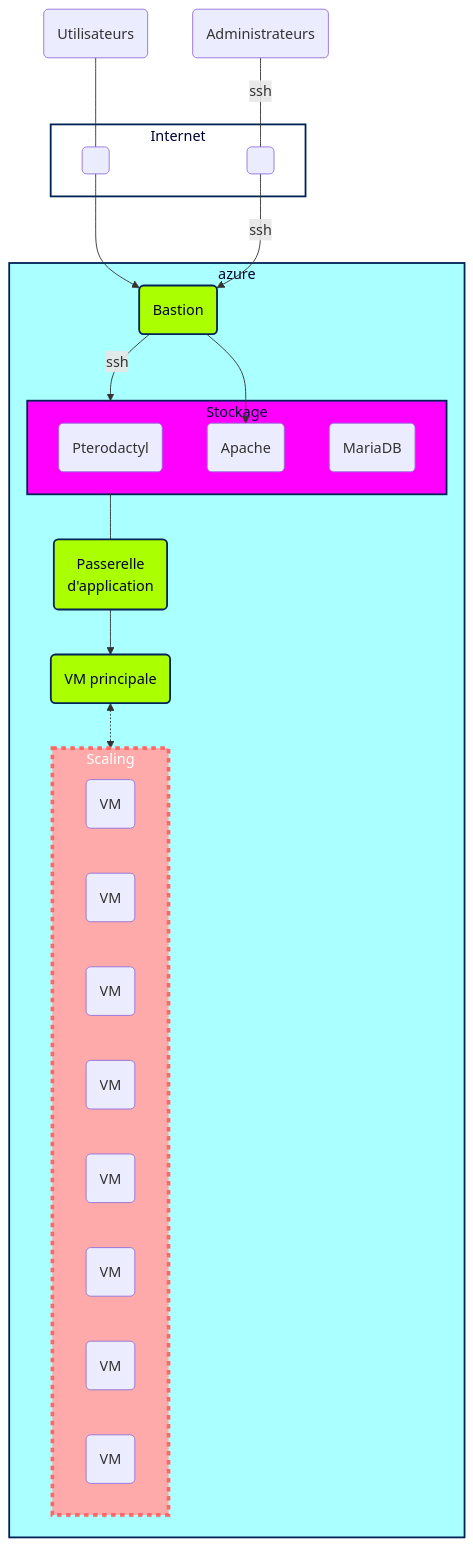
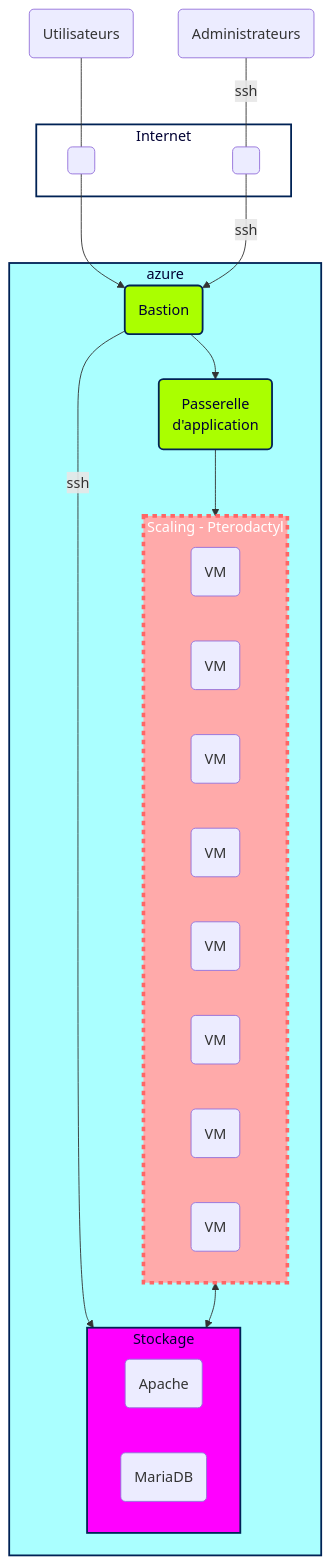
Before and after one commit to Simplon-Luna/B4-G4: the diagram in Plan d'Action.md, drawn with Mermaid. The commit also changed other lines of this file, not shown here.

````diff
--- a/Plan d'Action.md
+++ b/Plan d'Action.md
@@ -12,51 +18,50 @@
 ```mermaid
 flowchart TD 
 
 user(Utilisateurs)
 admin(Administrateurs)
 
     subgraph Web [Internet]
     vide( )
     void( )
     end  
 
     subgraph AZ [azure]
         subgraph BDD [Stockage]
-        app(Pterodactyl)
         apa(Apache)
         bdd(MariaDB)
         end
 
-    Serv(VM principale)
+
     proxy(Bastion)
     appGW(Passerelle <br> d'application)
 
-        subgraph VM [Scaling]
+        subgraph VM [Scaling - Pterodactyl]
         vm1(VM)
         vm2(VM)
         vm3(VM)
         vm4(VM)
         vm5(VM)
         vm6(VM)
         vm7(VM)
         vm8(VM)
         end
 
     end 
 
-user --- vide --> proxy --> apa
+user --- vide --> proxy --> appGW --> VM
 admin --- |ssh| void --> |ssh| proxy --> |ssh| BDD
-BDD --- appGW --> Serv <-.-> VM
+VM <--> BDD
 
     classDef rouge fill:#faa,stroke:#f66,stroke-width:4px,color:#fff,stroke-dasharray: 5 5;
     class VM, rouge;
     classDef sec fill:#aff,stroke:#025,stroke-width:2px,color:#003;
     class AZ, sec;
     classDef ter fill:#f0f,stroke:#025,stroke-width:2px,color:#003;
     class BDD, ter;
     classDef vert fill:#af0,stroke:#025,stroke-width:2px,color:#003;
     class proxy,appGW,Serv, vert;
     classDef blanc fill:#fff,stroke:#025,stroke-width:2px,color:#003;
     class Web, blanc;
 
 ```
````
